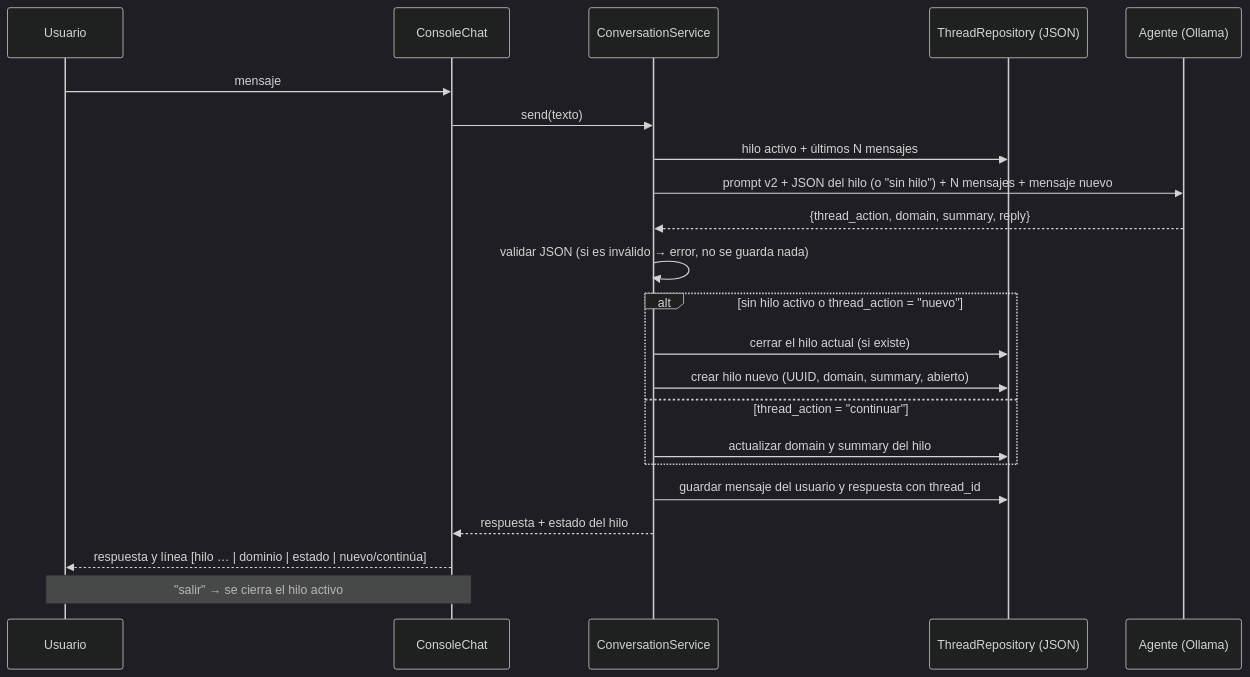
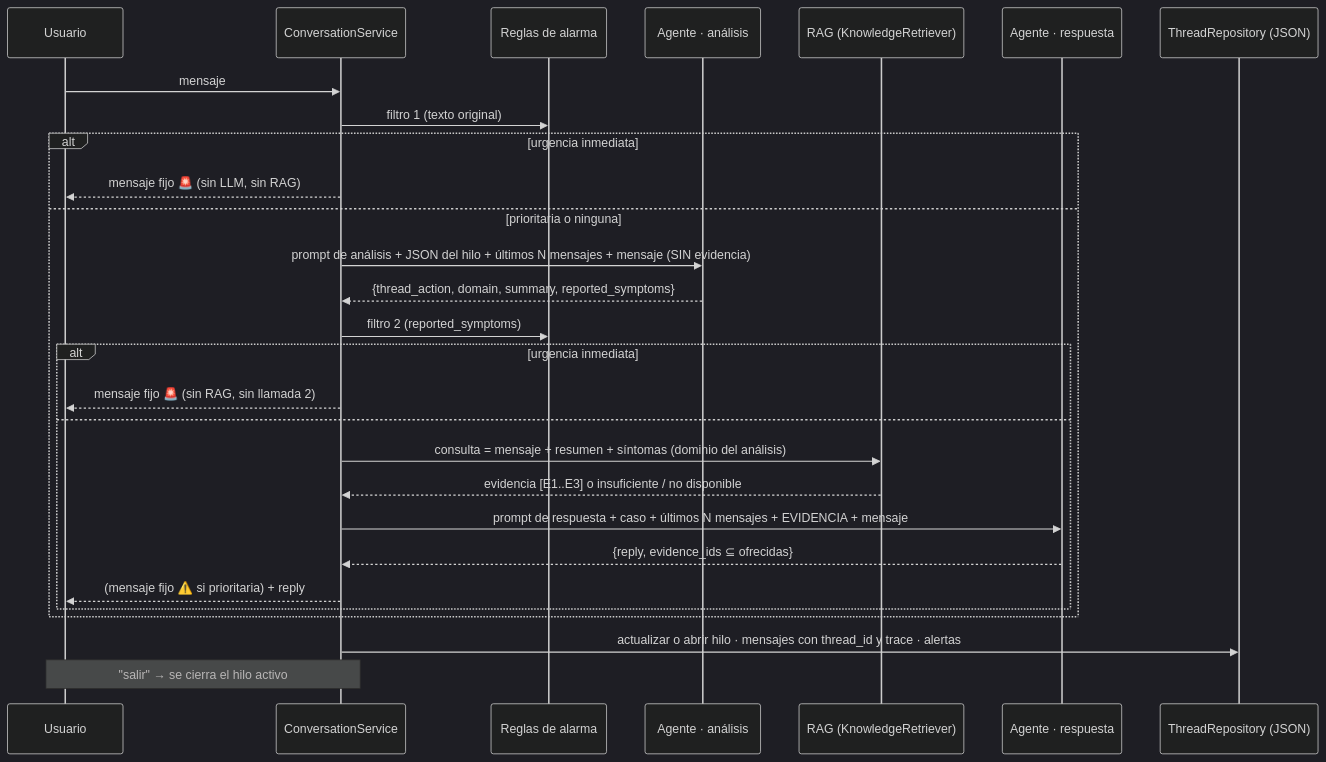
The second of 2 diagrams in docs/03-procesos/flujos/flujo-conversacional.md (NicolasCastilloGaleano/chatbot-cardio-materno), drawn with Mermaid (dark theme) before and after one commit. The commit also changed other lines of this file and 85 other files, not shown here.

First line of the commit message:
feat(rag): orientación con evidencia y separación análisis/respuesta (HU-02)

````diff
--- a/docs/03-procesos/flujos/flujo-conversacional.md
+++ b/docs/03-procesos/flujos/flujo-conversacional.md
@@ -29,24 +29,30 @@
 ```mermaid
 sequenceDiagram
     participant U as Usuario
-    participant C as ConsoleChat
     participant S as ConversationService
+    participant A as Reglas de alarma
+    participant L1 as Agente · análisis
+    participant K as RAG (KnowledgeRetriever)
+    participant L2 as Agente · respuesta
     participant R as ThreadRepository (JSON)
-    participant L as Agente (Ollama)
-    U->>C: mensaje
-    C->>S: send(texto)
-    S->>R: hilo activo + últimos N mensajes
-    S->>L: prompt v2 + JSON del hilo (o "sin hilo") + N mensajes + mensaje nuevo
-    L-->>S: {thread_action, domain, summary, reply}
-    S->>S: validar JSON (si es inválido → error, no se guarda nada)
-    alt sin hilo activo o thread_action = "nuevo"
-        S->>R: cerrar el hilo actual (si existe)
-        S->>R: crear hilo nuevo (UUID, domain, summary, abierto)
-    else thread_action = "continuar"
-        S->>R: actualizar domain y summary del hilo
+    U->>S: mensaje
+    S->>A: filtro 1 (texto original)
+    alt urgencia inmediata
+        S-->>U: mensaje fijo 🚨 (sin LLM, sin RAG)
+    else prioritaria o ninguna
+        S->>L1: prompt de análisis + JSON del hilo + últimos N mensajes + mensaje (SIN evidencia)
+        L1-->>S: {thread_action, domain, summary, reported_symptoms}
+        S->>A: filtro 2 (reported_symptoms)
+        alt urgencia inmediata
+            S-->>U: mensaje fijo 🚨 (sin RAG, sin llamada 2)
+        else
+            S->>K: consulta = mensaje + resumen + síntomas (dominio del análisis)
+            K-->>S: evidencia [E1..E3] o insuficiente / no disponible
+            S->>L2: prompt de respuesta + caso + últimos N mensajes + EVIDENCIA + mensaje
+            L2-->>S: {reply, evidence_ids ⊆ ofrecidas}
+            S-->>U: (mensaje fijo ⚠️ si prioritaria) + reply
+        end
     end
-    S->>R: guardar mensaje del usuario y respuesta con thread_id
-    S-->>C: respuesta + estado del hilo
-    C-->>U: respuesta y línea [hilo … | dominio | estado | nuevo/continúa]
-    Note over U,C: "salir" → se cierra el hilo activo
+    S->>R: actualizar o abrir hilo · mensajes con thread_id y trace · alertas
+    Note over U,S: "salir" → se cierra el hilo activo
 ```
````
